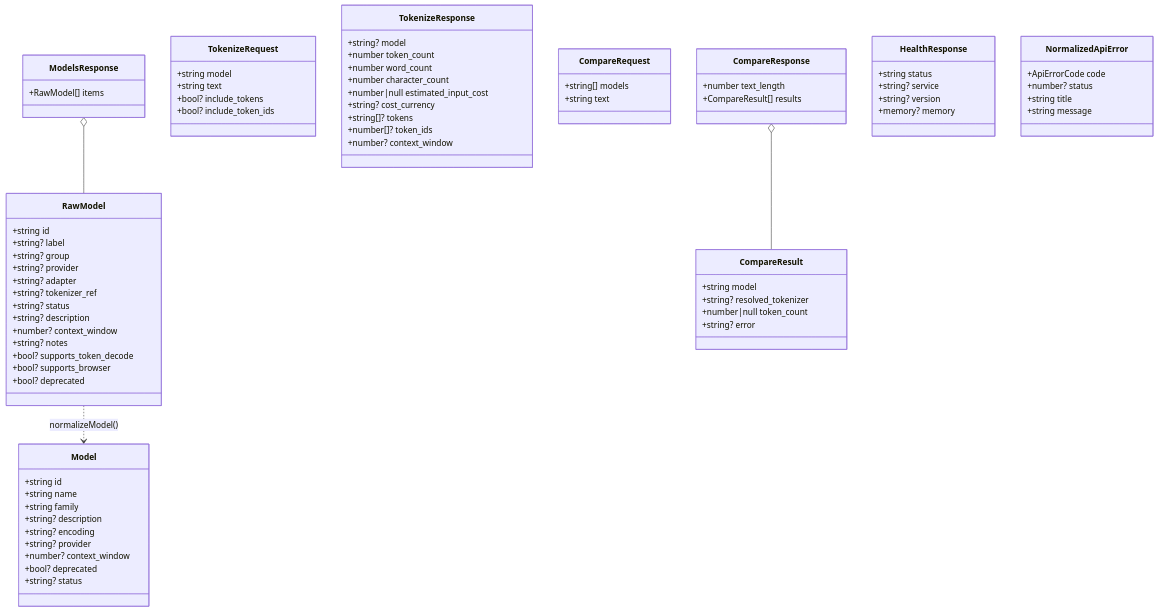
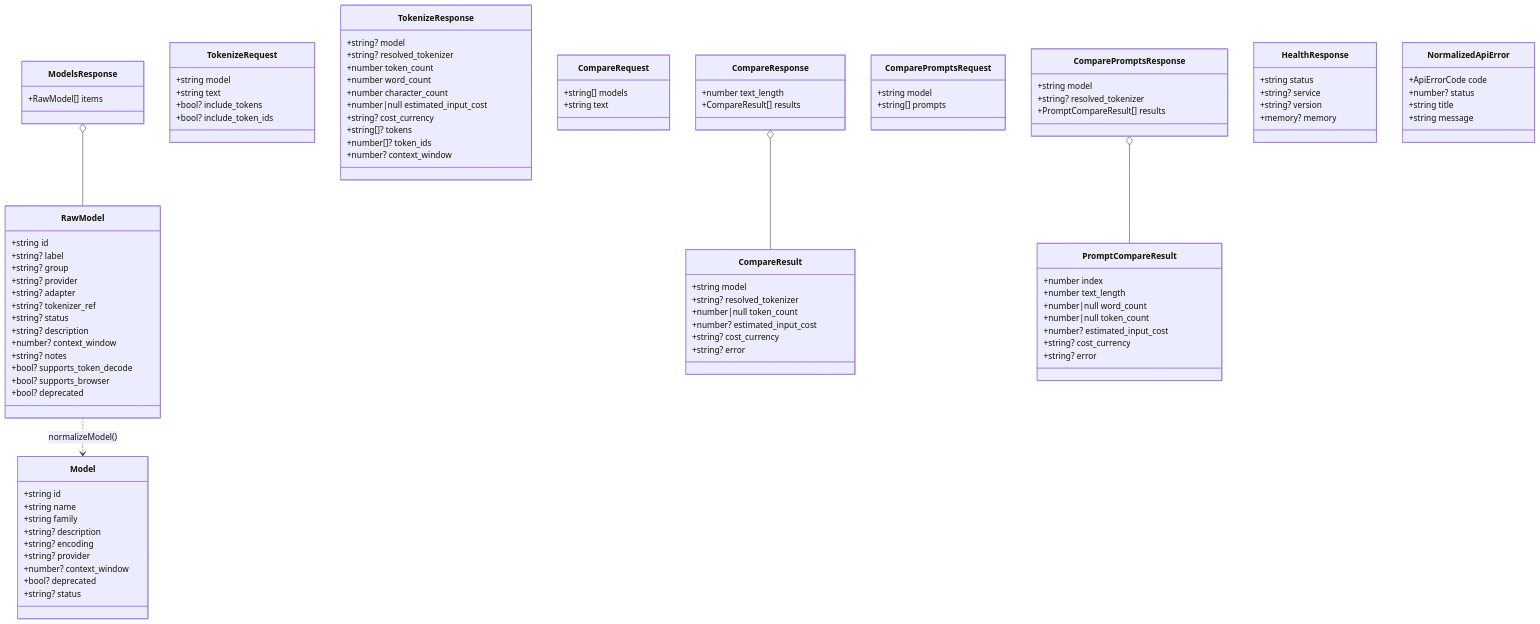
Before and after one commit to akgaur12/PromptTokenizerUI: the diagram in docs/07-data-models.md, drawn with Mermaid. The commit also changed other lines of this file and 13 other files, not shown here.

Commit message:
docs: update documentation for cost & prompt comparison feature

```diff
--- a/docs/07-data-models.md
+++ b/docs/07-data-models.md
@@ -48,6 +48,7 @@
     }
     class TokenizeResponse {
         +string? model
+        +string? resolved_tokenizer
         +number token_count
         +number word_count
         +number character_count
@@ -66,6 +67,8 @@
         +string model
         +string? resolved_tokenizer
         +number|null token_count
+        +number? estimated_input_cost
+        +string? cost_currency
         +string? error
     }
     class CompareResponse {
@@ -73,6 +76,26 @@
         +CompareResult[] results
     }
     CompareResponse o-- CompareResult
+
+    class ComparePromptsRequest {
+        +string model
+        +string[] prompts
+    }
+    class PromptCompareResult {
+        +number index
+        +number text_length
+        +number|null word_count
+        +number|null token_count
+        +number? estimated_input_cost
+        +string? cost_currency
+        +string? error
+    }
+    class ComparePromptsResponse {
+        +string model
+        +string? resolved_tokenizer
+        +PromptCompareResult[] results
+    }
+    ComparePromptsResponse o-- PromptCompareResult
 
     class HealthResponse {
         +string status
```
